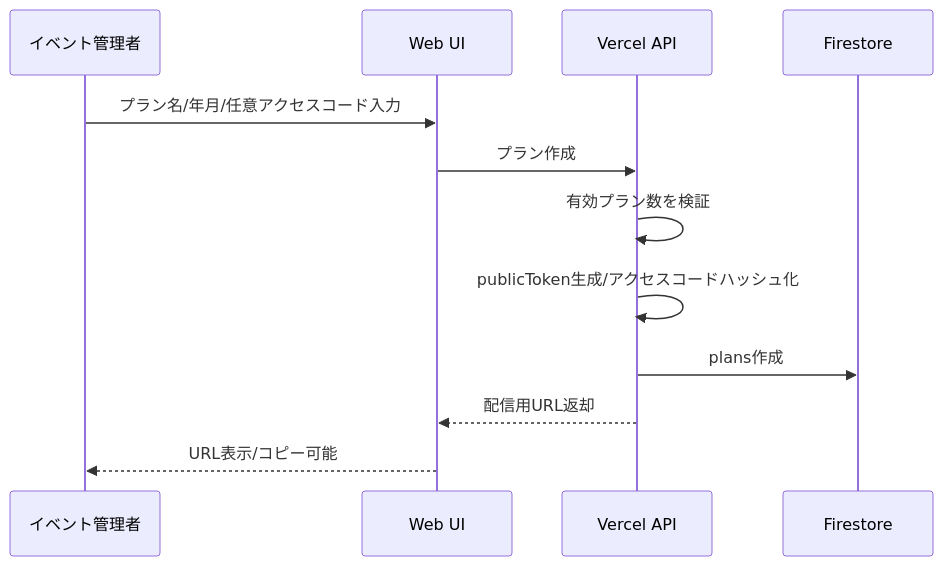
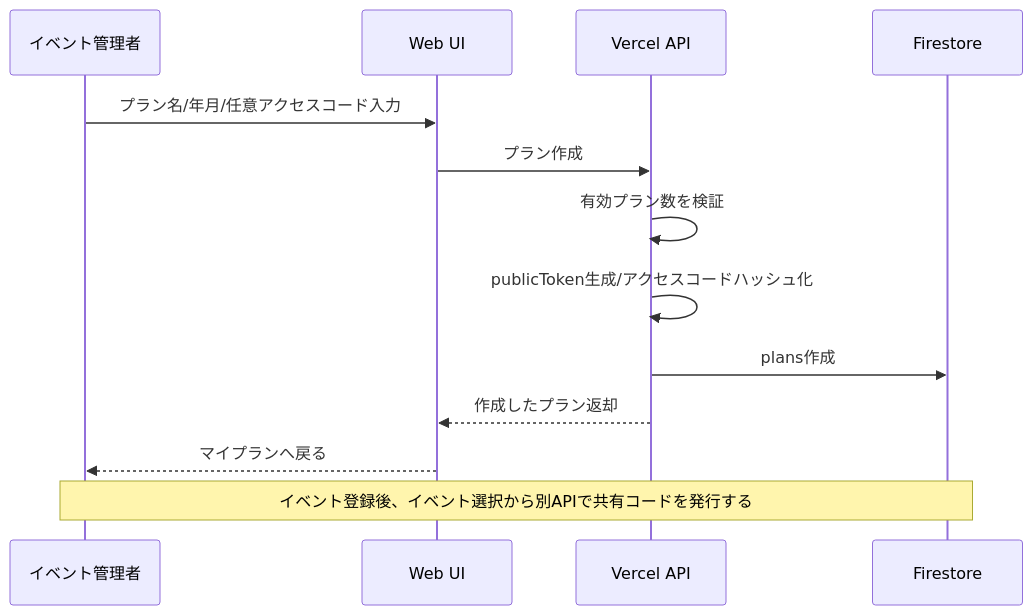
Before and after one commit to Bamboosato/rsvp-manager-app: the third of 5 diagrams in docs/system-design.md, drawn with Mermaid. The commit also changed other lines of this file and 7 other files, not shown here.

````diff
--- a/docs/system-design.md
+++ b/docs/system-design.md
@@ -405,14 +456,15 @@
 ```mermaid
 sequenceDiagram
   participant A as イベント管理者
   participant UI as Web UI
   participant API as Vercel API
   participant DB as Firestore
   A->>UI: プラン名/年月/任意アクセスコード入力
   UI->>API: プラン作成
   API->>API: 有効プラン数を検証
   API->>API: publicToken生成/アクセスコードハッシュ化
   API->>DB: plans作成
-  API-->>UI: 配信用URL返却
-  UI-->>A: URL表示/コピー可能
+  API-->>UI: 作成したプラン返却
+  UI-->>A: マイプランへ戻る
+  Note over A,DB: イベント登録後、イベント選択から別APIで共有コードを発行する
 ```
````
